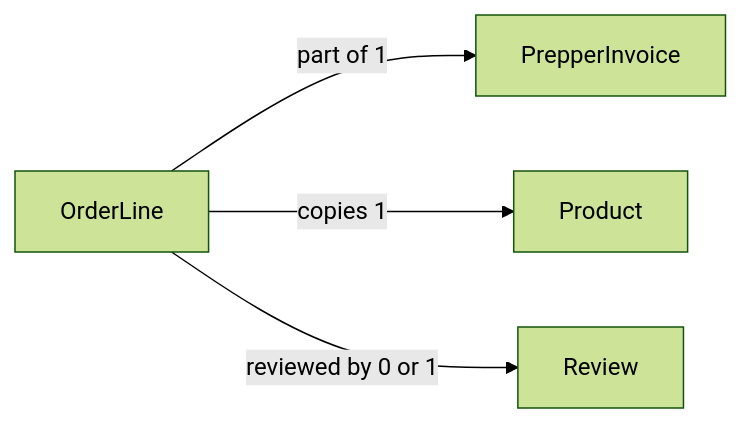
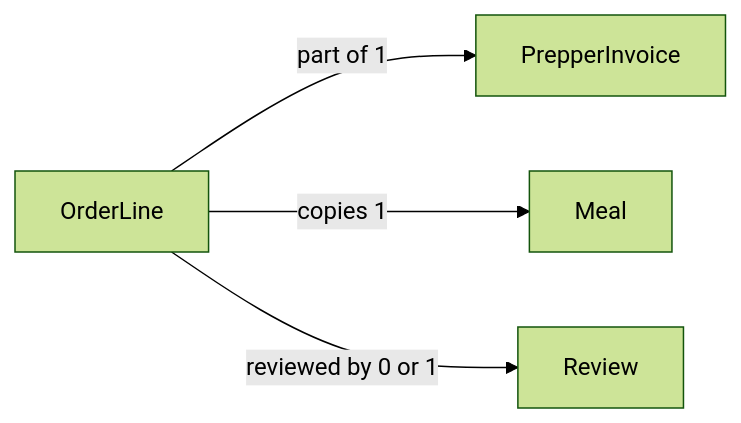
Before and after one commit to rachelwong/preppers: the diagram in docs/data-model/entities/order-line.md, drawn with Mermaid (forest theme). The commit also changed other lines of this file and 44 other files, not shown here.

````diff
--- a/docs/data-model/entities/order-line.md
+++ b/docs/data-model/entities/order-line.md
@@ -17,6 +17,6 @@
 ```mermaid
 flowchart LR
   OL[OrderLine] -->|"part of 1"| I[PrepperInvoice]
-  OL -->|"copies 1"| P[Product]
+  OL -->|"copies 1"| P[Meal]
   OL -->|"reviewed by 0 or 1"| R[Review]
 ```
````
